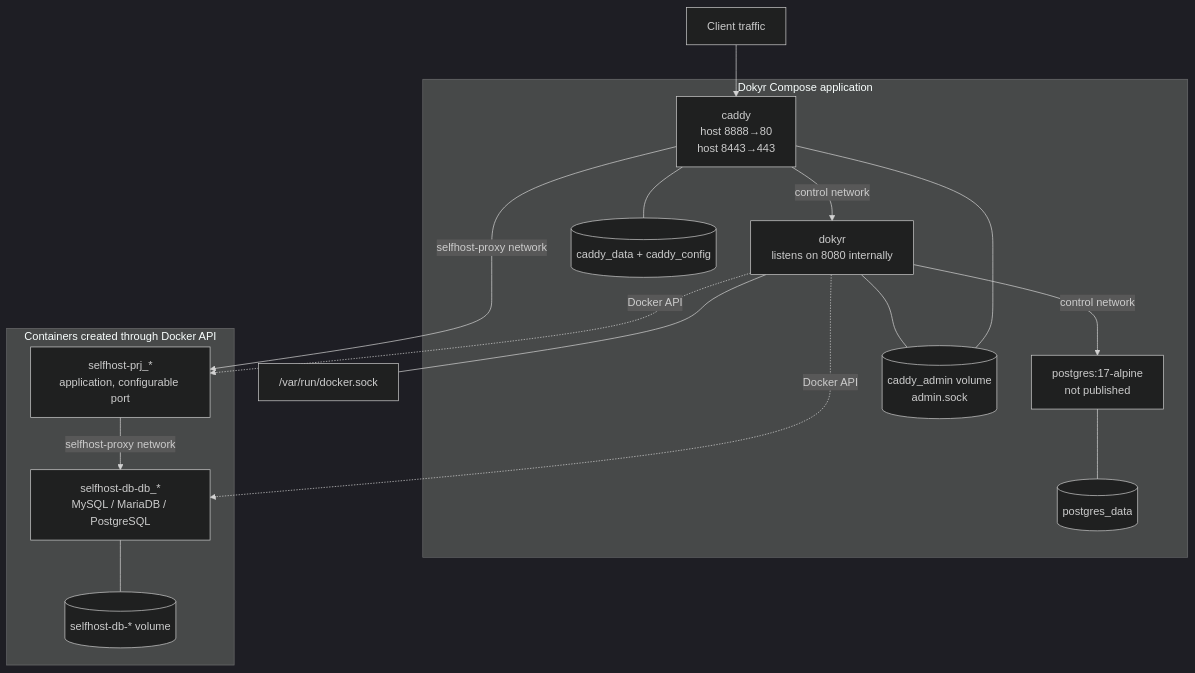
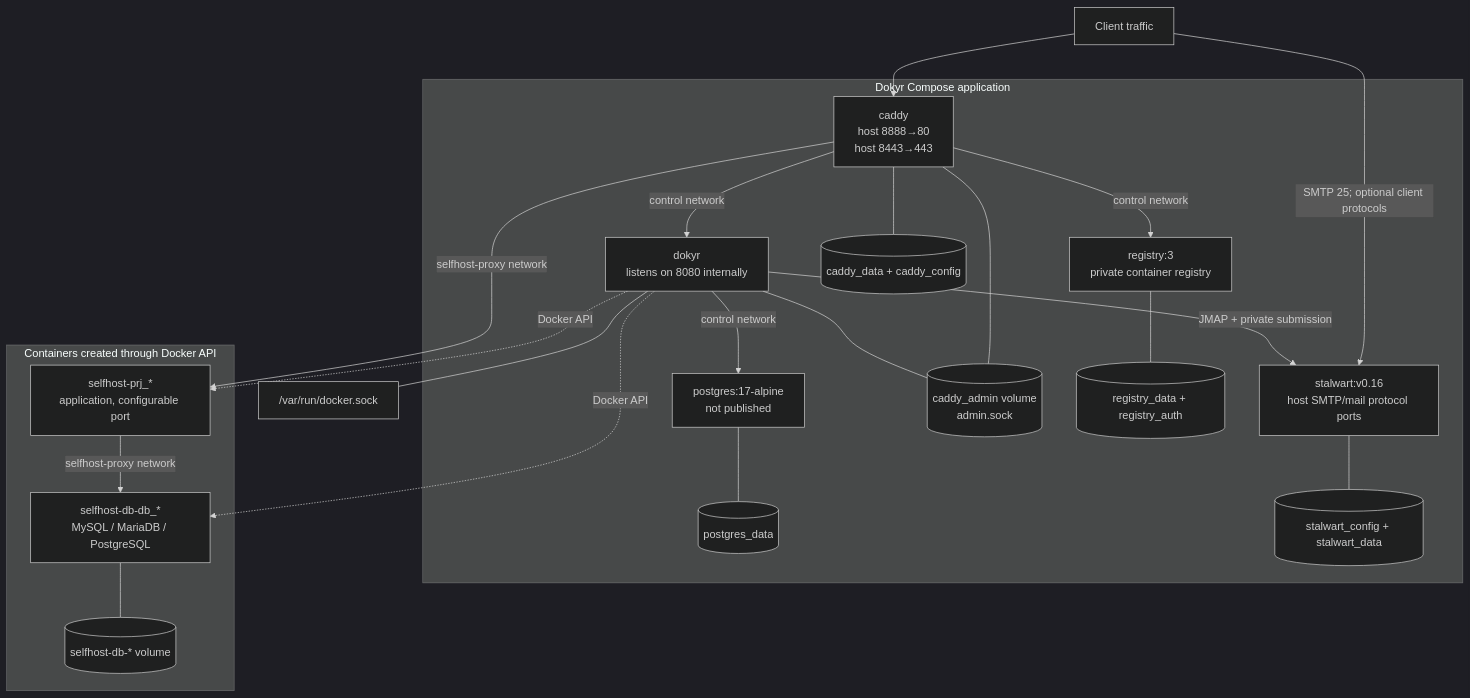
One commit to azayr/dokyr changed the second of 8 diagrams in docs/ARCHITECTURE.md. Above: the diagram before and after it, drawn with Mermaid (dark theme). The commit also changed other lines of this file and 15 other files, not shown here.

Commit message:
stalwart mail integration

````diff
--- a/docs/ARCHITECTURE.md
+++ b/docs/ARCHITECTURE.md
@@ -71,33 +76,42 @@
 ```mermaid
 flowchart TB
     Internet["Client traffic"]
     HostSocket["/var/run/docker.sock"]
 
     subgraph Compose["Dokyr Compose application"]
         Caddy["caddy<br/>host 8888→80<br/>host 8443→443"]
         Control["dokyr<br/>listens on 8080 internally"]
         MetaDB["postgres:17-alpine<br/>not published"]
+        RegistryService["registry:3<br/>private container registry"]
+        Mail["stalwart:v0.16<br/>host SMTP/mail protocol ports"]
         AdminSock[("caddy_admin volume<br/>admin.sock")]
         MetaVol[("postgres_data")]
         CaddyVol[("caddy_data + caddy_config")]
+        RegistryVol[("registry_data + registry_auth")]
+        MailVol[("stalwart_config + stalwart_data")]
     end
 
     subgraph Managed["Containers created through Docker API"]
         Project["selfhost-prj_*<br/>application, configurable port"]
         DB["selfhost-db-db_*<br/>MySQL / MariaDB / PostgreSQL"]
         DBVol[("selfhost-db-* volume")]
     end
 
     Internet --> Caddy
     Caddy -->|"control network"| Control
     Control -->|"control network"| MetaDB
+    Control -->|"JMAP + private submission"| Mail
     Control --- AdminSock --- Caddy
     Control --- HostSocket
     Caddy -->|"selfhost-proxy network"| Project
+    Caddy -->|"control network"| RegistryService
+    Internet -->|"SMTP 25; optional client protocols"| Mail
     Control -. "Docker API" .-> Project
     Control -. "Docker API" .-> DB
     Project -->|"selfhost-proxy network"| DB
     DB --- DBVol
     MetaDB --- MetaVol
     Caddy --- CaddyVol
+    RegistryService --- RegistryVol
+    Mail --- MailVol
 ```
````
